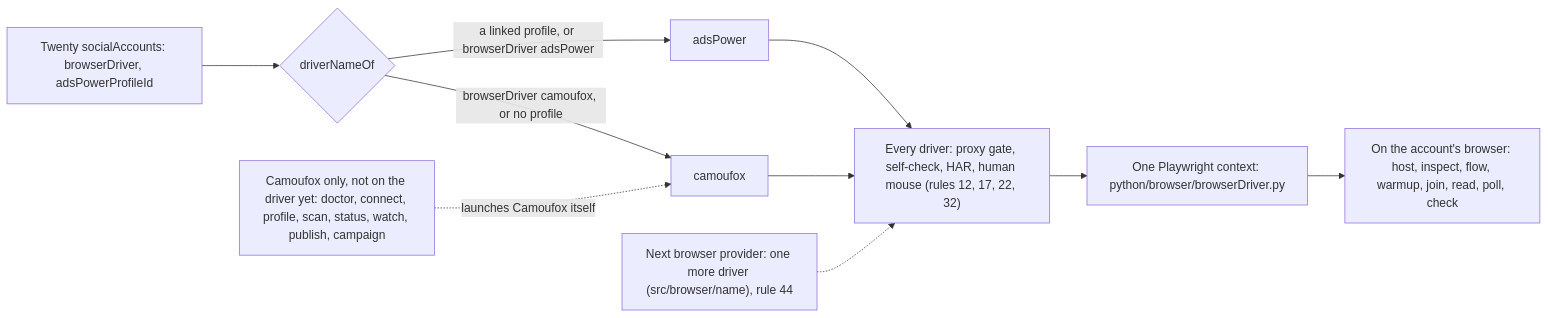
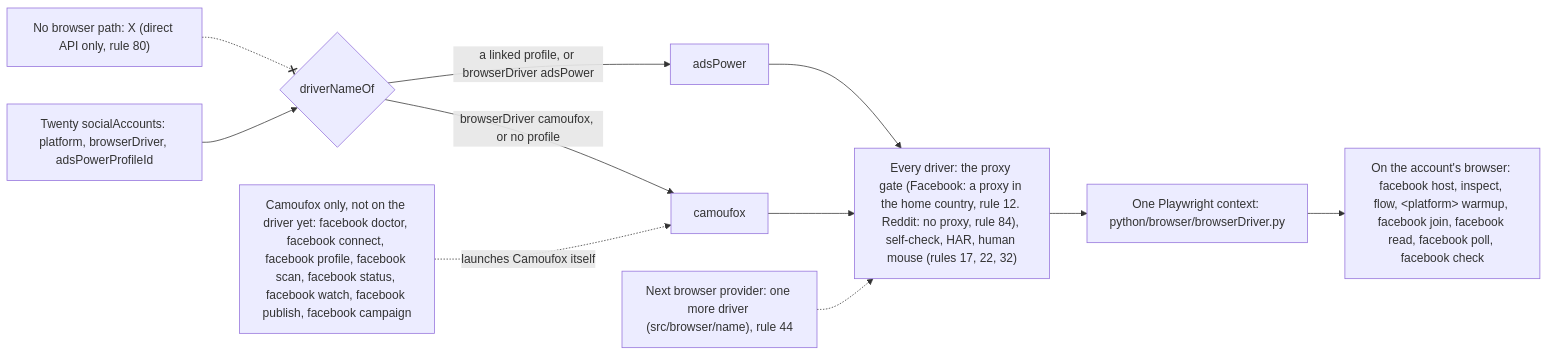
The second of 6 diagrams in README.md (matthewdonsemail-lab/log), drawn with Mermaid before and after one commit. The commit also changed other lines of this file and 9 other files, not shown here.

Commit message:
docs(readme): every platform in the README and its diagrams: a platforms diagram, commands grouped by platform, the direct-API engine path

````diff
--- a/README.md
+++ b/README.md
@@ -101,18 +163,19 @@
 ```mermaid
 flowchart LR
-  twenty["Twenty socialAccounts: browserDriver, adsPowerProfileId"]
+  twenty["Twenty socialAccounts: platform, browserDriver, adsPowerProfileId"]
   pick{"driverNameOf"}
-  gates["Every driver: proxy gate, self-check, HAR, human mouse (rules 12, 17, 22, 32)"]
+  gates["Every driver: the proxy gate (Facebook: a proxy in the home country, rule 12. Reddit: no proxy, rule 84), self-check, HAR, human mouse (rules 17, 22, 32)"]
   session["One Playwright context: python/browser/browserDriver.py"]
   twenty --> pick
   pick -->|"browserDriver camoufox, or no profile"| d_camoufox["camoufox"]
   pick -->|"a linked profile, or browserDriver adsPower"| d_adsPower["adsPower"]
   d_camoufox --> gates
   d_adsPower --> gates
   more["Next browser provider: one more driver (src/browser/name), rule 44"] -.-> gates
   gates --> session
-  account["On the account's browser: host, inspect, flow, warmup, join, read, poll, check"]
-  camoufox["Camoufox only, not on the driver yet: doctor, connect, profile, scan, status, watch, publish, campaign"]
+  account["On the account's browser: facebook host, inspect, flow, #lt;platform#gt; warmup, facebook join, facebook read, facebook poll, facebook check"]
+  camoufox["Camoufox only, not on the driver yet: facebook doctor, facebook connect, facebook profile, facebook scan, facebook status, facebook watch, facebook publish, facebook campaign"]
   session --> account
   camoufox -.->|"launches Camoufox itself"| d_camoufox
+  nobrowser["No browser path: X (direct API only, rule 80)"] -.-x pick
 ```
````
